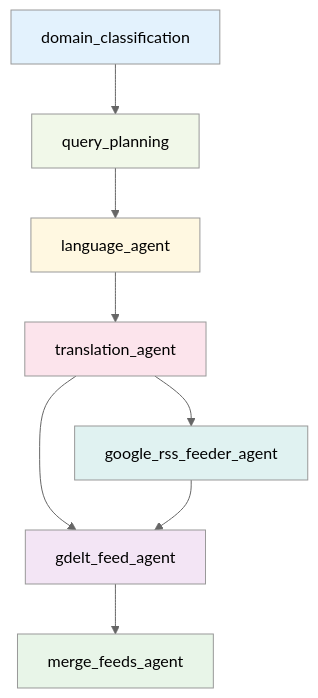
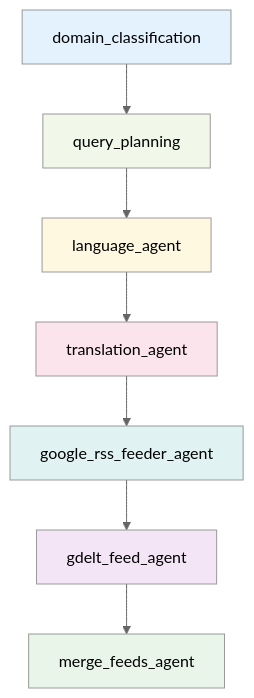
The second of 4 diagrams in README.md (AteetVatan/ai-global-signal-grid), drawn with Mermaid (neutral theme) before and after one commit. The commit also changed 1 other file, not shown here.

Commit message:
corrected mermaid graphs

````diff
--- a/README.md
+++ b/README.md
@@ -97,18 +97,17 @@
 ```mermaid
 graph TD
     Domain[domain_classification] --> Query[query_planning]
     Query --> Lang[language_agent]
     Lang --> Trans[translation_agent]
     Trans --> GoogleRSS[google_rss_feeder_agent]
-    Trans --> Gdelt[gdelt_feed_agent]
-    GoogleRSS --> Gdelt
+    GoogleRSS--> Gdelt[gdelt_feed_agent]
     Gdelt --> Merge[merge_feeds_agent]
     
     style Domain fill:#e3f2fd
     style Query fill:#f1f8e9
     style Lang fill:#fff8e1
     style Trans fill:#fce4ec
     style GoogleRSS fill:#e0f2f1
     style Gdelt fill:#f3e5f5
     style Merge fill:#e8f5e8
 ```
````
